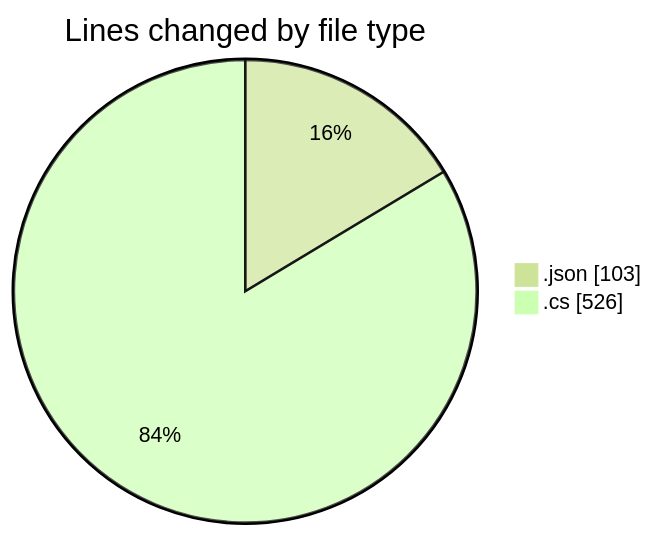
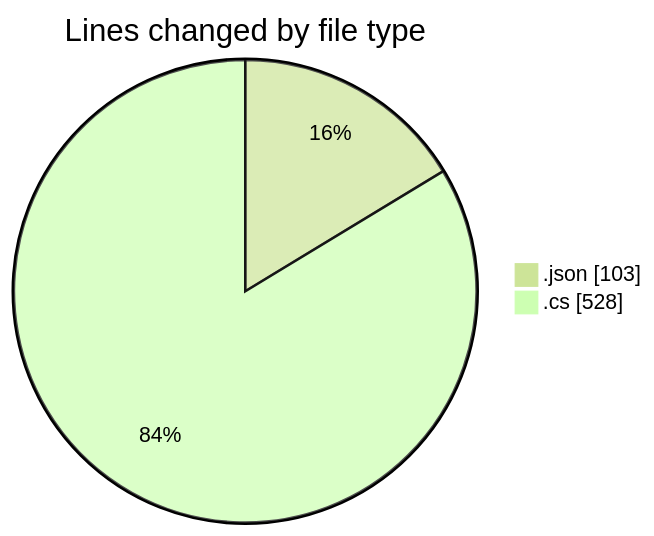
One commit to Netris89/code-tracking changed the first of 2 diagrams in 2025-03-20/back-end/README.md. Above: the diagram before and after it, drawn with Mermaid (forest theme). The commit also changed other lines of this file and 1 other file, not shown here.

````diff
--- a/2025-03-20/back-end/README.md
+++ b/2025-03-20/back-end/README.md
@@ -24,6 +24,6 @@
 ```mermaid
 pie showData
 title Lines changed by file type
 ".json" : 103
-".cs" : 526
+".cs" : 528
 ```
````
